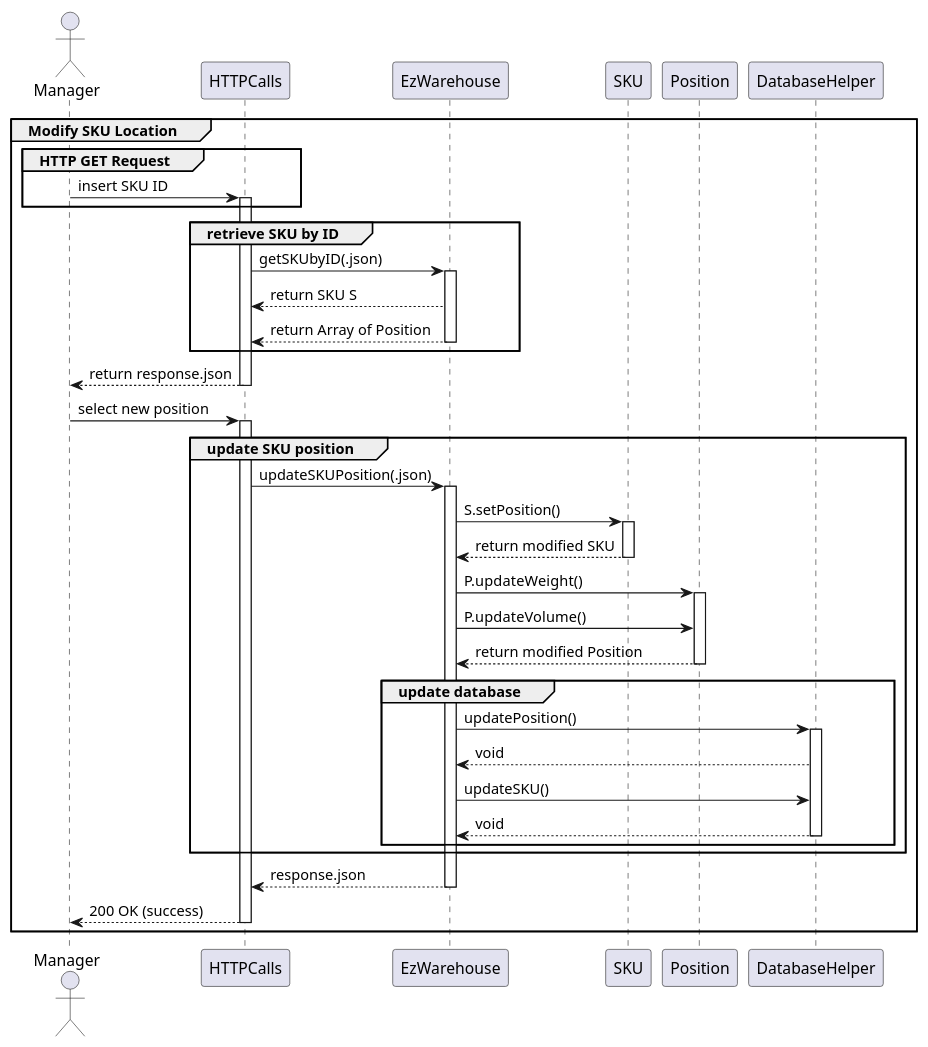
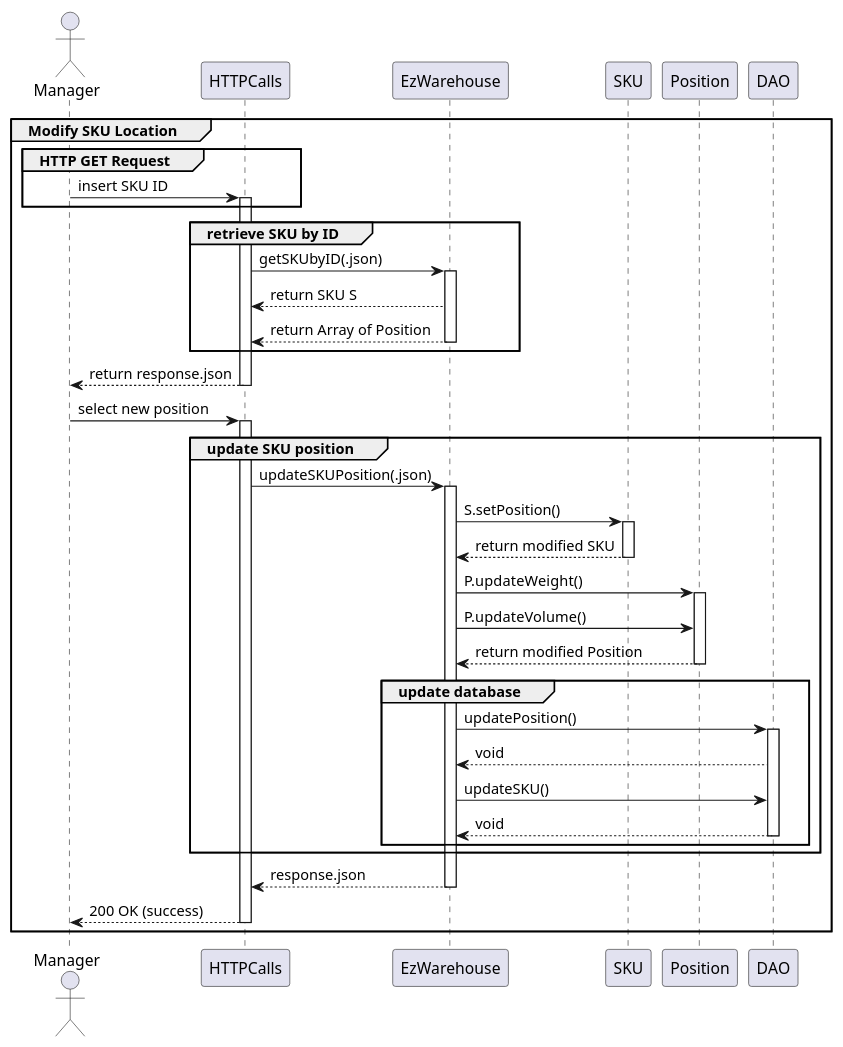
Before and after one commit to DavideArcolini/SoftEng_garbageCollector: the fifth of 19 diagrams in DESIGN PART/DesignDocument.md, drawn with PlantUML. The commit also changed other lines of this file, not shown here.

````diff
--- a/DESIGN PART/DesignDocument.md
+++ b/DESIGN PART/DesignDocument.md
@@ -422,51 +353,51 @@
 ```plantuml
 actor Manager as Manager
 participant HTTPCalls as HTTPCalls
 participant EzWarehouse as EzWarehouse
 
 group Modify SKU Location
 group HTTP GET Request
 Manager -> HTTPCalls: insert SKU ID
 activate HTTPCalls
 end
 
 group retrieve SKU by ID
 HTTPCalls -> EzWarehouse: getSKUbyID(.json)
 activate EzWarehouse
 EzWarehouse --> HTTPCalls: return SKU S
 EzWarehouse --> HTTPCalls: return Array of Position
 deactivate EzWarehouse
 end
 HTTPCalls --> Manager: return response.json
 deactivate HTTPCalls
 
 Manager -> HTTPCalls: select new position
 activate HTTPCalls
 group update SKU position
 HTTPCalls -> EzWarehouse: updateSKUPosition(.json)
 activate EzWarehouse
 EzWarehouse -> SKU: S.setPosition()
 activate SKU
 SKU --> EzWarehouse: return modified SKU
 deactivate SKU
 EzWarehouse -> Position: P.updateWeight()
 activate Position
 EzWarehouse -> Position: P.updateVolume()
 Position --> EzWarehouse: return modified Position
 deactivate Position
 
 group update database
-EzWarehouse -> DatabaseHelper: updatePosition()
-activate DatabaseHelper
-DatabaseHelper --> EzWarehouse: void
-EzWarehouse -> DatabaseHelper: updateSKU()
-DatabaseHelper --> EzWarehouse: void
-deactivate DatabaseHelper
+EzWarehouse -> DAO: updatePosition()
+activate DAO
+DAO --> EzWarehouse: void
+EzWarehouse -> DAO: updateSKU()
+DAO --> EzWarehouse: void
+deactivate DAO
 end
 end
 EzWarehouse --> HTTPCalls: response.json
 deactivate EzWarehouse
 HTTPCalls --> Manager: 200 OK (success)
 deactivate HTTPCalls
 end
 ```
````
